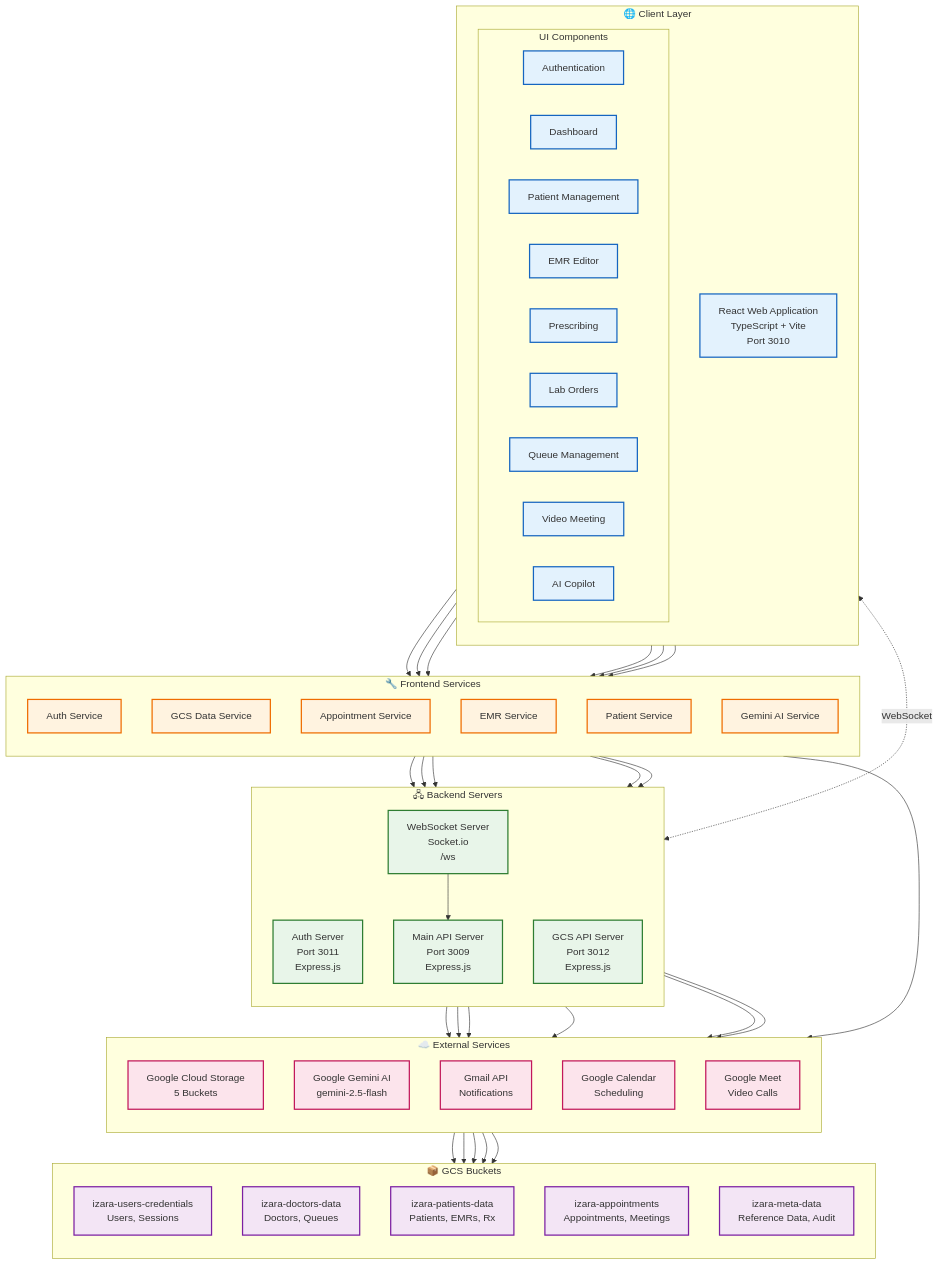
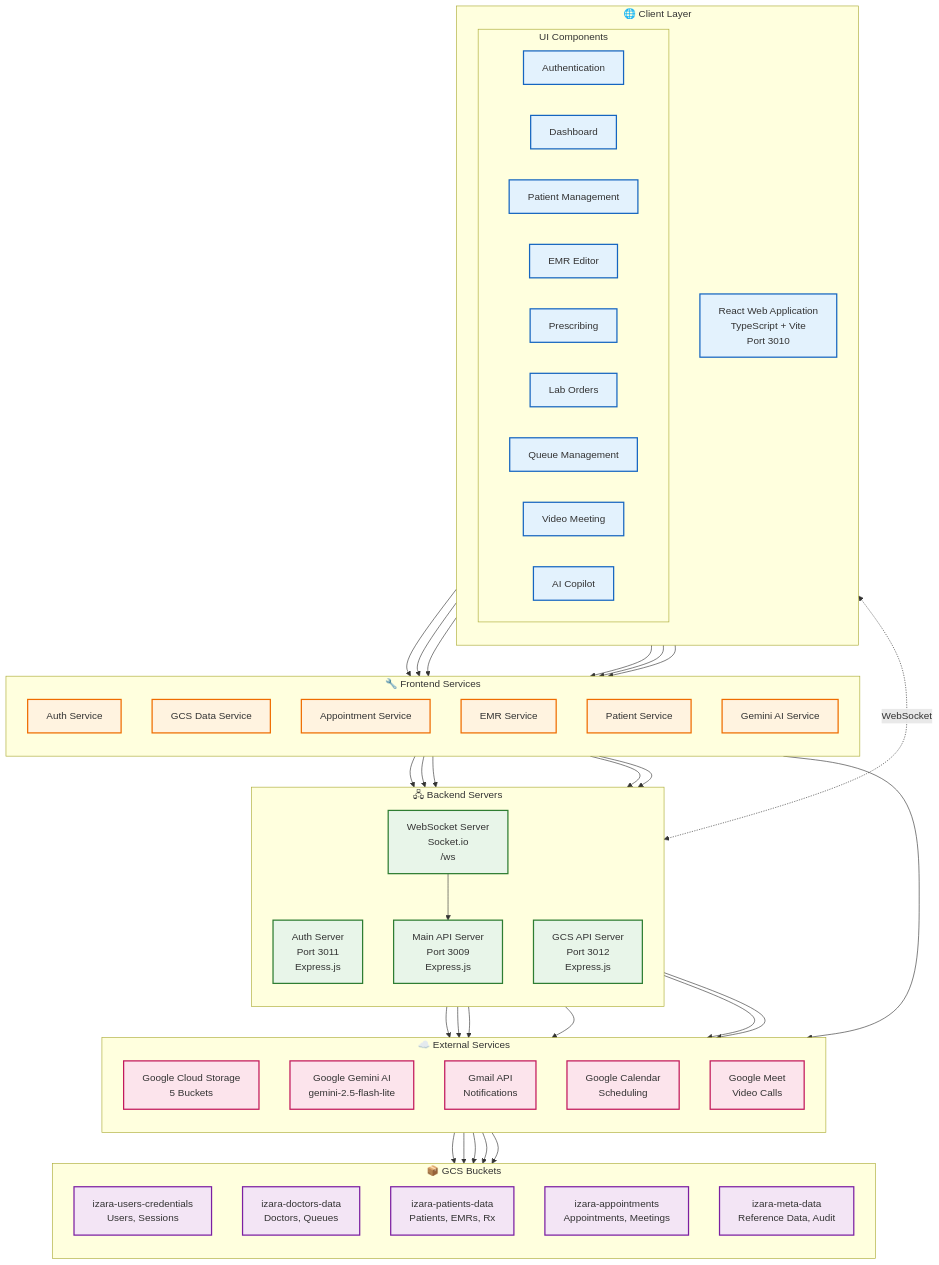
The diagram in Isara-doctor-portal/doc/overview/diagrams/system-architecture.mermaid (chiraleo2000/Isara-Anywhere), drawn with Mermaid before and after one commit. The commit also changed 55 other files, not shown here.

```diff
--- a/Isara-doctor-portal/doc/overview/diagrams/system-architecture.mermaid
+++ b/Isara-doctor-portal/doc/overview/diagrams/system-architecture.mermaid
@@ -1,103 +1,103 @@
 flowchart TB
     %% Izara Doctor Portal - System Architecture Diagram
     
     subgraph Client["🌐 Client Layer"]
         direction TB
         WEB["React Web Application<br/>TypeScript + Vite<br/>Port 3010"]
         
         subgraph Components["UI Components"]
             AUTH_UI["Authentication"]
             DASH["Dashboard"]
             PAT_MGT["Patient Management"]
             EMR_UI["EMR Editor"]
             RX_UI["Prescribing"]
             LAB_UI["Lab Orders"]
             QUEUE_UI["Queue Management"]
             MEET_UI["Video Meeting"]
             AI_UI["AI Copilot"]
         end
     end
     
     subgraph Services["🔧 Frontend Services"]
         direction TB
         AUTH_SVC["Auth Service"]
         GCS_SVC["GCS Data Service"]
         APT_SVC["Appointment Service"]
         EMR_SVC["EMR Service"]
         PAT_SVC["Patient Service"]
         GEMINI_SVC["Gemini AI Service"]
     end
     
     subgraph Backend["🖧 Backend Servers"]
         direction TB
         AUTH_SERVER["Auth Server<br/>Port 3011<br/>Express.js"]
         GCS_SERVER["GCS API Server<br/>Port 3012<br/>Express.js"]
         MAIN_SERVER["Main API Server<br/>Port 3009<br/>Express.js"]
         WS_SERVER["WebSocket Server<br/>Socket.io<br/>/ws"]
     end
     
     subgraph External["☁️ External Services"]
         direction TB
         GCS["Google Cloud Storage<br/>5 Buckets"]
-        GEMINI["Google Gemini AI<br/>gemini-2.5-flash"]
+        GEMINI["Google Gemini AI<br/>gemini-2.5-flash-lite"]
         GMAIL["Gmail API<br/>Notifications"]
         GCAL["Google Calendar<br/>Scheduling"]
         MEET["Google Meet<br/>Video Calls"]
     end
     
     subgraph Storage["📦 GCS Buckets"]
         direction TB
         CREDS_BUCKET["izara-users-credentials<br/>Users, Sessions"]
         DOCTORS_BUCKET["izara-doctors-data<br/>Doctors, Queues"]
         PATIENTS_BUCKET["izara-patients-data<br/>Patients, EMRs, Rx"]
         APT_BUCKET["izara-appointments<br/>Appointments, Meetings"]
         META_BUCKET["izara-meta-data<br/>Reference Data, Audit"]
     end
     
     %% Client to Services
     WEB --> AUTH_SVC
     WEB --> GCS_SVC
     WEB --> APT_SVC
     WEB --> EMR_SVC
     WEB --> PAT_SVC
     WEB --> GEMINI_SVC
     
     %% Services to Backend
     AUTH_SVC --> AUTH_SERVER
     GCS_SVC --> GCS_SERVER
     APT_SVC --> MAIN_SERVER
     EMR_SVC --> GCS_SERVER
     PAT_SVC --> GCS_SERVER
     GEMINI_SVC --> GEMINI
     
     %% Backend to External
     AUTH_SERVER --> GCS
     GCS_SERVER --> GCS
     MAIN_SERVER --> GCS
     MAIN_SERVER --> GMAIL
     MAIN_SERVER --> GCAL
     MAIN_SERVER --> MEET
     
     %% GCS to Buckets
     GCS --> CREDS_BUCKET
     GCS --> DOCTORS_BUCKET
     GCS --> PATIENTS_BUCKET
     GCS --> APT_BUCKET
     GCS --> META_BUCKET
     
     %% Real-time connection
     WEB <-.->|WebSocket| WS_SERVER
     WS_SERVER --> MAIN_SERVER
     
     %% Styling
     classDef client fill:#e3f2fd,stroke:#1565c0,stroke-width:2px
     classDef service fill:#fff3e0,stroke:#ef6c00,stroke-width:2px
     classDef backend fill:#e8f5e9,stroke:#2e7d32,stroke-width:2px
     classDef external fill:#fce4ec,stroke:#c2185b,stroke-width:2px
     classDef storage fill:#f3e5f5,stroke:#7b1fa2,stroke-width:2px
     
     class WEB,AUTH_UI,DASH,PAT_MGT,EMR_UI,RX_UI,LAB_UI,QUEUE_UI,MEET_UI,AI_UI client
     class AUTH_SVC,GCS_SVC,APT_SVC,EMR_SVC,PAT_SVC,GEMINI_SVC service
     class AUTH_SERVER,GCS_SERVER,MAIN_SERVER,WS_SERVER backend
     class GCS,GEMINI,GMAIL,GCAL,MEET external
     class CREDS_BUCKET,DOCTORS_BUCKET,PATIENTS_BUCKET,APT_BUCKET,META_BUCKET storage
```
